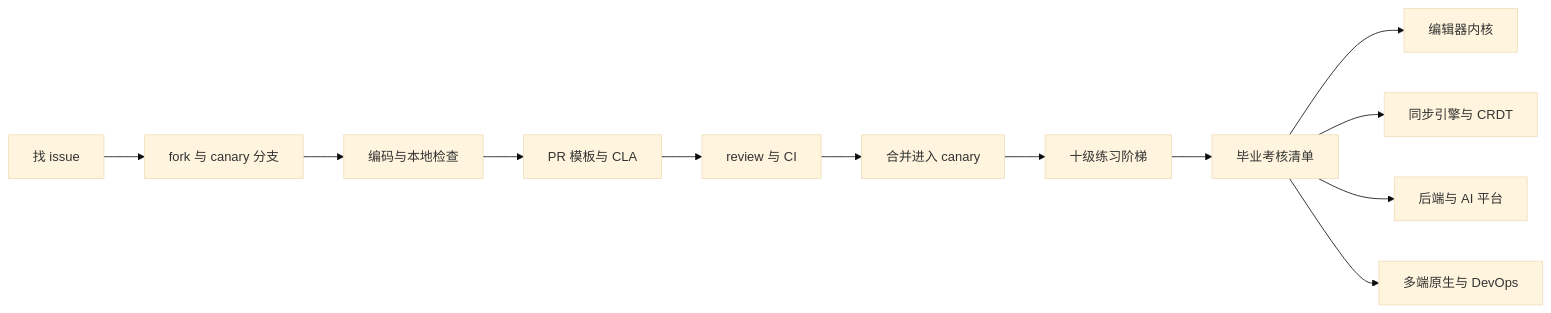
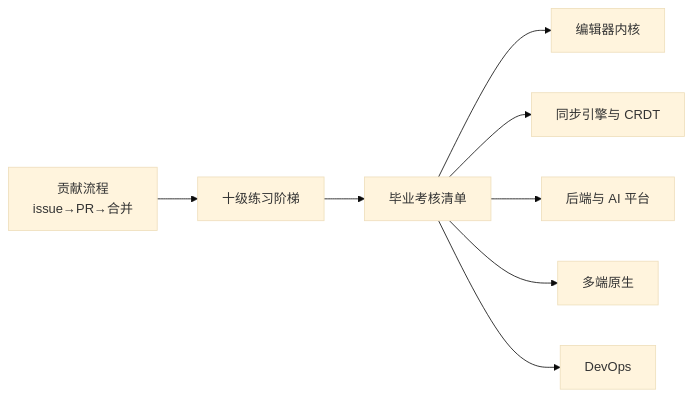
The first of 2 diagrams in learning-guide/slides/decks/30.md (lfire/AFFiNE), drawn with Mermaid (base theme) before and after one commit. The commit also changed other lines of this file and 46 other files, not shown here.

````diff
--- a/learning-guide/slides/decks/30.md
+++ b/learning-guide/slides/decks/30.md
@@ -43,14 +32,10 @@
 ```mermaid
 flowchart LR
-  F1[找 issue] --> F2[fork 与 canary 分支]
-  F2 --> F3[编码与本地检查]
-  F3 --> F4[PR 模板与 CLA]
-  F4 --> F5[review 与 CI]
-  F5 --> F6[合并进入 canary]
-  F6 --> P[十级练习阶梯]
-  P --> G[毕业考核清单]
-  G --> D1[编辑器内核]
-  G --> D2[同步引擎与 CRDT]
-  G --> D3[后端与 AI 平台]
-  G --> D4[多端原生与 DevOps]
+  F["贡献流程<br/>issue→PR→合并"] --> P["十级练习阶梯"]
+  P --> G1["毕业考核清单"]
+  G1 --> G2["编辑器内核"]
+  G1 --> G3["同步引擎与 CRDT"]
+  G1 --> G4["后端与 AI 平台"]
+  G1 --> G5["多端原生"]
+  G1 --> G6["DevOps"]
 ```
````
